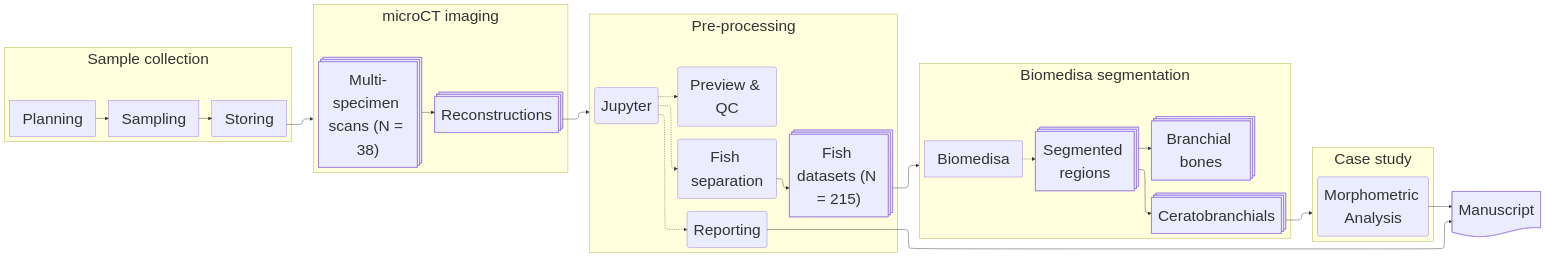
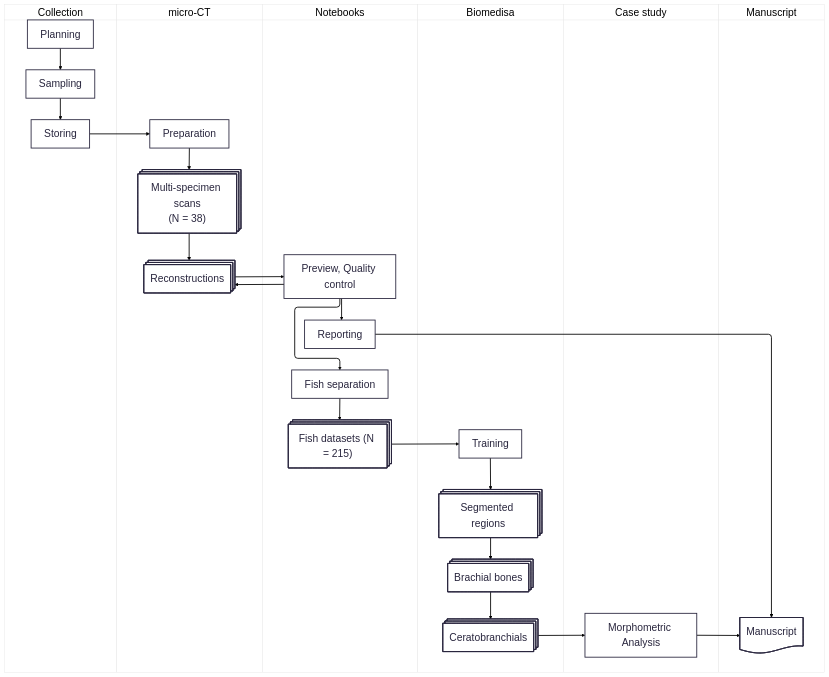
One commit to habi/sticklebacks-manuscript changed the diagram in v/latest/images/workflow.mmd. Above: the diagram before and after it, drawn with Mermaid. The commit also changed 40 other files, not shown here.

```diff
--- a/v/latest/images/workflow.mmd
+++ b/v/latest/images/workflow.mmd
@@ -1,70 +1,49 @@
 ---
 config:
-  layout: elk
-  themeVariables:
-    fontSize: 36px
+    theme: redux-color
+    themeVariables:
+        fontSize: 18pt
 ---
-flowchart LR
+%% Render the thing at https://mermaid.live/ for best results
+swimlane-beta TB
 
-subgraph collection["Sample collection"]
+subgraph collection["Collection"]
     Planning --> Sampling --> Storing
 end
 
-Storing --> imaging
+Storing --> setup
 
-subgraph imaging["microCT imaging"]
-    holder@{shape: procs, label: "Multi-specimen scans (N = 38)"}
-    rec@{shape: procs, label: "Reconstructions"}
-
-    holder --> rec
+subgraph imaging["micro-CT"]
+    setup["Preparation"] --> scan@{ shape: procs, label: "Multi-specimen scans\n(N = 38)" }
+    scan --> rec@{ shape: procs, label: "Reconstructions" }
 end
 
-rec --> preprocessing
+rec --> preview["Preview, Quality control"]
 
-subgraph preprocessing["Pre-processing"]
-    jupyter("Jupyter")
-
-    preview("Preview & QC")
-    separation("Fish separation")
-    fishid@{shape: procs, label: "Fish datasets (N = 215)"}
-    reporting("Reporting")
-
-    separation -----> fishid
-
-    jupyter -....-> preview
-    jupyter -.-> separation
-    jupyter -.-> reporting
+subgraph notebooks["Notebooks"]
+    preview --> separation["Fish separation"]
+    separation --> fishid@{ shape: procs, label: "Fish datasets (N = 215)" }
+    preview --> rec
+    preview --> Reporting   
 end
 
-fishid --> segmentation
+fishid --> Training
+Reporting --> manubot
 
-subgraph segmentation["Biomedisa segmentation"]
-    Biomedisa
-
-    regions@{shape: procs, label: "Segmented regions"}
-    rakers@{shape: procs, label: "Ceratobranchials"}
-    jaws@{shape: procs, label: "Branchial bones"}
-
-    Biomedisa -.-> regions
-    regions --> rakers
-    regions --> jaws
+subgraph segmentation["Biomedisa"]
+    Training --> regions@{ shape: procs, label: "Segmented regions" }
+    regions --> jaws@{ shape: procs, label: "Brachial bones" }
+    jaws --> rakers@{ shape: procs, label: "Ceratobranchials" }
 end
 
-rakers --> analysis
+rakers --> morph
 
 subgraph analysis["Case study"]
-    morph("Morphometric Analysis")
+    morph["Morphometric Analysis"]
 end
 
-manubot@{shape: doc, label: "Manuscript"}
+subgraph manuscript["Manuscript"]
+    manubot@{ shape: doc, label: "Manuscript" }
+end
 
-reporting ---------> manubot
 morph --> manubot
-
-Storing ~~~ holder
-rec ~~~ jupyter
-
-separation ~~~ fishid
-fishid ~~~ Biomedisa
-
-rakers ~~~ morph
```
